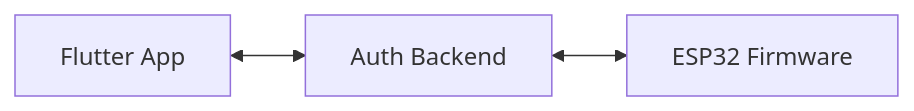
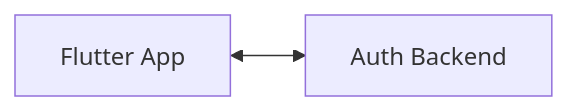
One commit to nelsongcg/talking_plants_app changed the first of 3 diagrams in README.md. Above: the diagram before and after it, drawn with Mermaid. The commit also changed other lines of this file and 2 other files, not shown here.

````diff
--- a/README.md
+++ b/README.md
@@ -49,5 +43,4 @@
 ```mermaid
 graph LR
     App[Flutter App] <--> Server[Auth Backend]
-    Server <--> Device[ESP32 Firmware]
 ```
````
